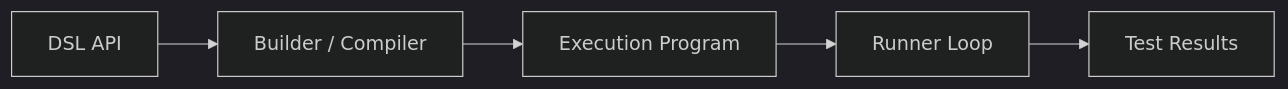
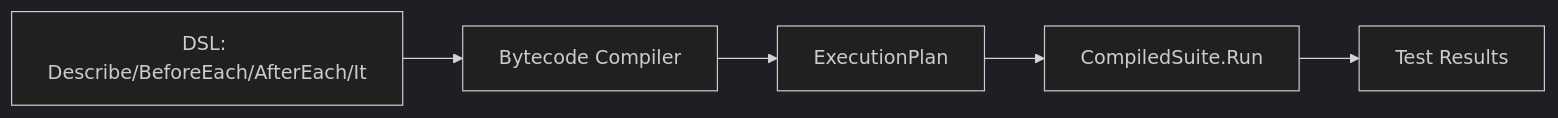
One commit to getsyntegrity/go-specs changed the first of 7 diagrams in docs/ARCHITECTURE.md. Above: the diagram before and after it, drawn with Mermaid (dark theme). The commit also changed other lines of this file and 300 other files, not shown here.

````diff
--- a/docs/ARCHITECTURE.md
+++ b/docs/ARCHITECTURE.md
@@ -11,7 +12,7 @@
 ```mermaid
 flowchart LR
-    DSL[DSL API] --> Builder[Builder / Compiler]
-    Builder --> Program[Execution Program]
-    Program --> Runner[Runner Loop]
-    Runner --> Results[Test Results]
+    DSL[DSL: Describe/BeforeEach/AfterEach/It] --> Compiler[Bytecode Compiler]
+    Compiler --> Plan[ExecutionPlan]
+    Plan --> Suite[CompiledSuite.Run]
+    Suite --> Results[Test Results]
 ```
````
